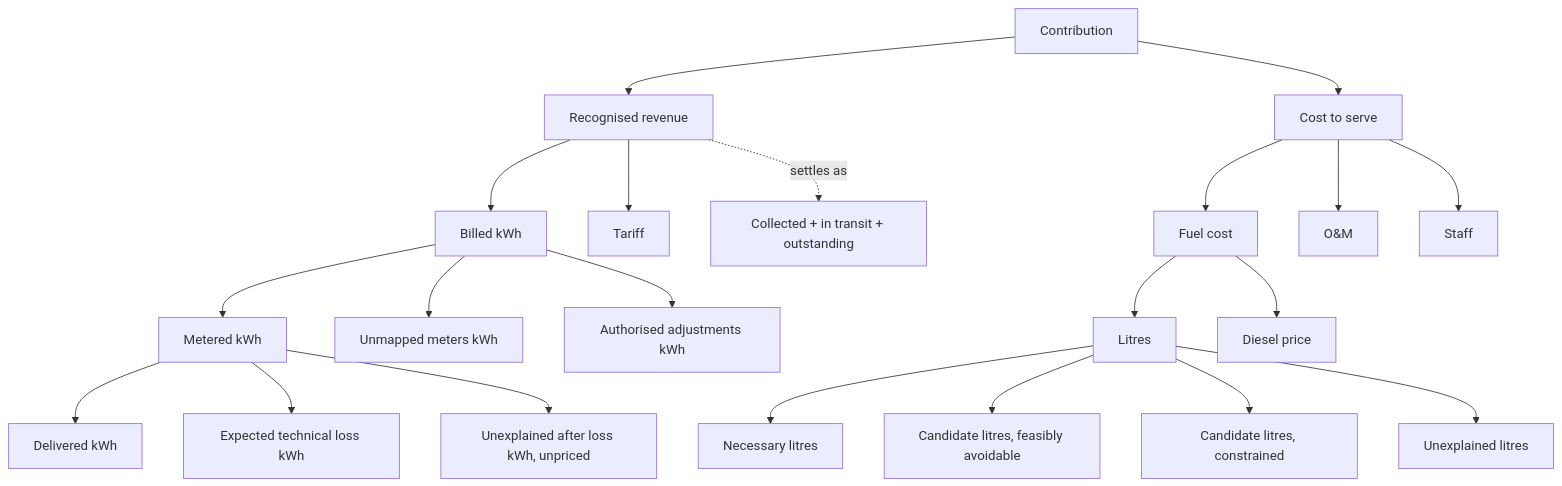
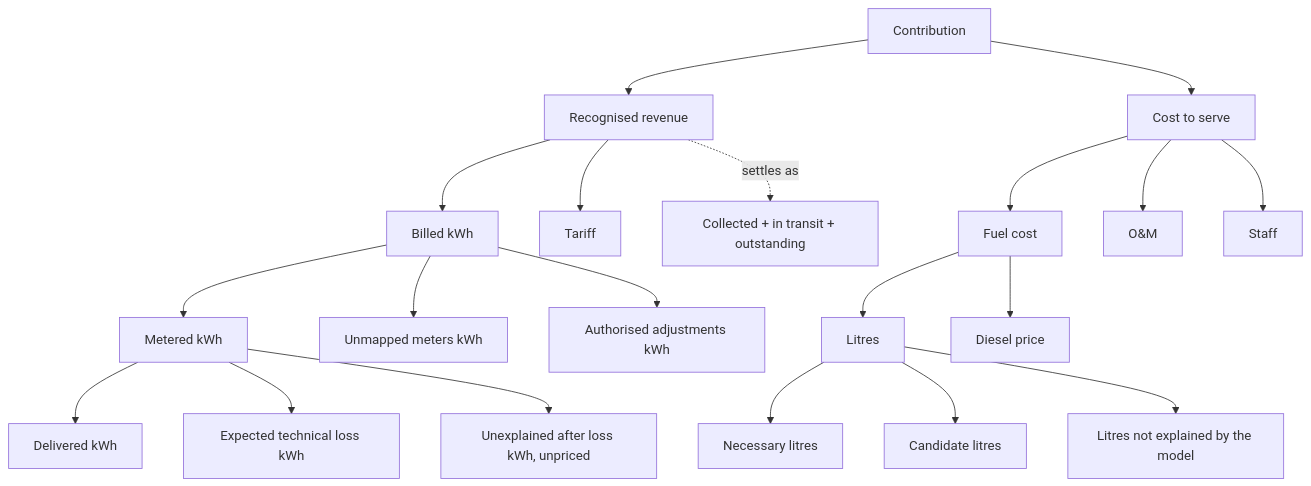
The diagram in Docs/demo-sprint/product-direction-layer4/economic-metric-and-effect-contracts.md (bineyame/AssetOpsV1), drawn with Mermaid before and after one commit. The commit also changed other lines of this file and 85 other files, not shown here.

````diff
--- a/Docs/demo-sprint/product-direction-layer4/economic-metric-and-effect-contracts.md
+++ b/Docs/demo-sprint/product-direction-layer4/economic-metric-and-effect-contracts.md
@@ -53,12 +53,12 @@
 ```mermaid
 flowchart TD
   C[Contribution] --> R[Recognised revenue]
   C --> K[Cost to serve]
   R --> RB[Billed kWh] & RT[Tariff]
   RB --> RM[Metered kWh] & RU[Unmapped meters kWh] & RA[Authorised adjustments kWh]
   RM --> RD[Delivered kWh] & RL[Expected technical loss kWh] & RX[Unexplained after loss kWh, unpriced]
   R -.settles as.-> CASH[Collected + in transit + outstanding]
   K --> F[Fuel cost] & OM[O&M] & ST[Staff]
   F --> FL[Litres] & FP[Diesel price]
-  FL --> FN[Necessary litres] & FA[Candidate litres, feasibly avoidable] & FC[Candidate litres, constrained] & FU[Unexplained litres]
+  FL --> FN[Necessary litres] & FA[Candidate litres] & FU[Litres not explained by the model]
 ```
````
